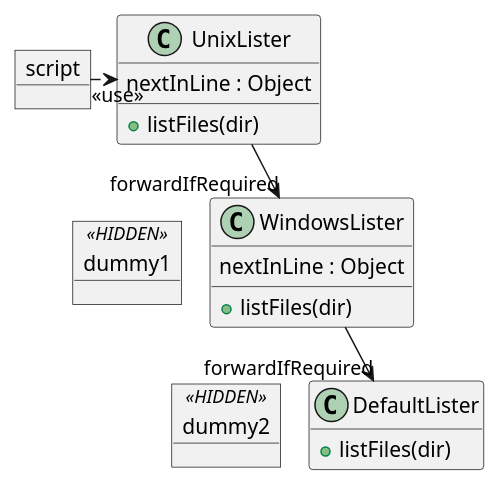
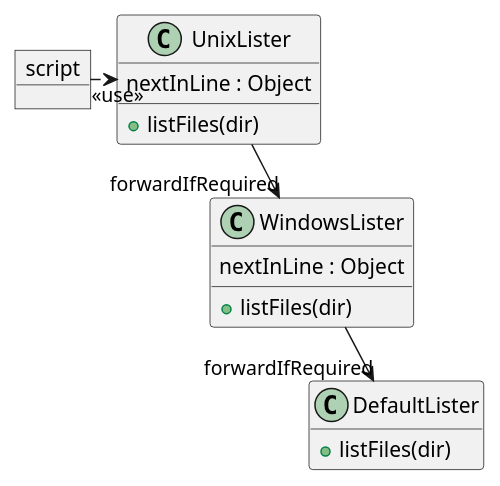
One commit to apache/groovy changed the diagram in src/spec/doc/_design-pattern-chain-of-responsibility.adoc. Above: the diagram before and after it, drawn with PlantUML.

Commit message:
GROOVY-11337: Bump asciidoctorj-diagram to 2.3.0 (changes needed for hidden stereotype)

```diff
--- a/src/spec/doc/_design-pattern-chain-of-responsibility.adoc
+++ b/src/spec/doc/_design-pattern-chain-of-responsibility.adoc
@@ -39,26 +39,30 @@
 [plantuml, ChainOfResponsibilityClasses, png]
 ....
 !pragma layout smetana
-skinparam nodesep 100
-hide <<HIDDEN>>
+skinparam nodesep 200
+skinparam ObjectBorderColor<<Hidden>> Transparent
+skinparam ObjectBackgroundColor<<Hidden>> Transparent
+skinparam ObjectFontColor<<Hidden>> Transparent
+skinparam ObjectStereotypeFontColor<<Hidden>> Transparent
 class UnixLister {
     nextInLine : Object
     +listFiles(dir)
 }
-object dummy1<<HIDDEN>>
+object dummy1<<Hidden>>
 class WindowsLister {
     nextInLine : Object
     +listFiles(dir)
 }
-object dummy2<<HIDDEN>>
+object dummy2<<Hidden>>
 class DefaultLister {
     +listFiles(dir)
 }
 hide DefaultLister fields
 object script
 script ..r..> "<<use>>" UnixLister
 UnixLister --> "forwardIfRequired" WindowsLister
 UnixLister <-[hidden]- dummy1
 WindowsLister <-[hidden]- dummy2
 WindowsLister --> "forwardIfRequired" DefaultLister
+hide <<Hidden>>
 ....
```
